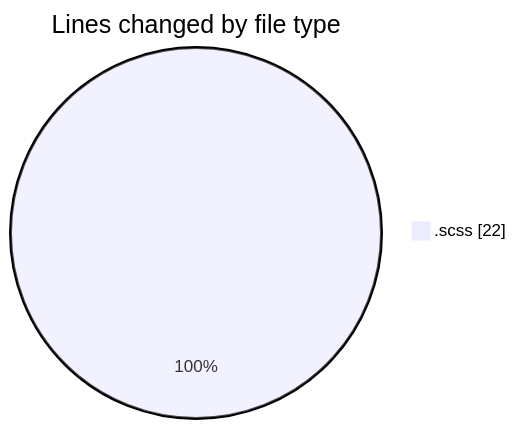
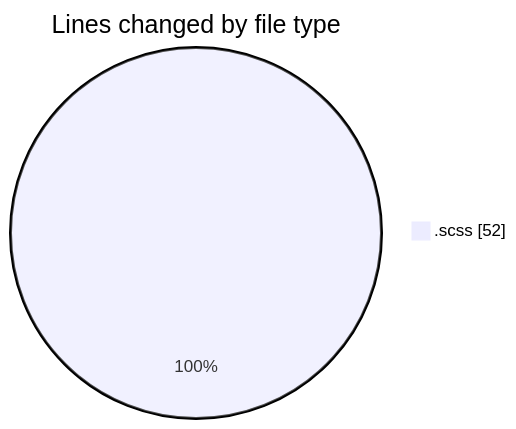
Before and after one commit to momahboobian/code-tracking: the first of 2 diagrams in 2025-03-14/cda/README.md, drawn with Mermaid. The commit also changed other lines of this file and 1 other file, not shown here.

````diff
--- a/2025-03-14/cda/README.md
+++ b/2025-03-14/cda/README.md
@@ -20,5 +20,5 @@
 ```mermaid
 pie showData
 title Lines changed by file type
-".scss" : 22
+".scss" : 52
 ```
````
